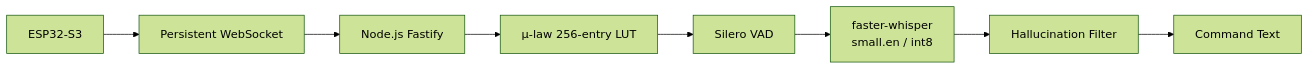
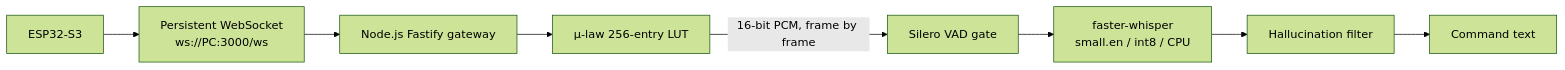
One commit to Raj24-dev/Kws changed the seventh of 12 diagrams in README.md. Above: the diagram before and after it, drawn with Mermaid (forest theme). The commit also changed other lines of this file and 211 other files, not shown here.

````diff
--- a/README.md
+++ b/README.md
@@ -831,20 +538,16 @@
 ```mermaid
 flowchart LR
 
     A["ESP32-S3"]
-    B["Persistent WebSocket"]
-    C["Node.js Fastify"]
-    D["μ-law 256-entry LUT"]
-    E["Silero VAD"]
-    F["faster-whisper<br/>small.en / int8"]
-    G["Hallucination Filter"]
-    H["Command Text"]
+    B["Persistent WebSocket<br/>ws://PC:3000/ws"]
+    C["Node.js Fastify gateway"]
+    D["µ-law 256-entry LUT"]
+    E["Silero VAD gate"]
+    F["faster-whisper<br/>small.en / int8 / CPU"]
+    G["Hallucination filter"]
+    H["Command text"]
 
-    A --> B
-    B --> C
-    C --> D
-    D --> E
-    E --> F
-    F --> G
-    G --> H
+    A --> B --> C --> D
+    D -->|"16-bit PCM, frame by frame"| E
+    E --> F --> G --> H
 ```
````
